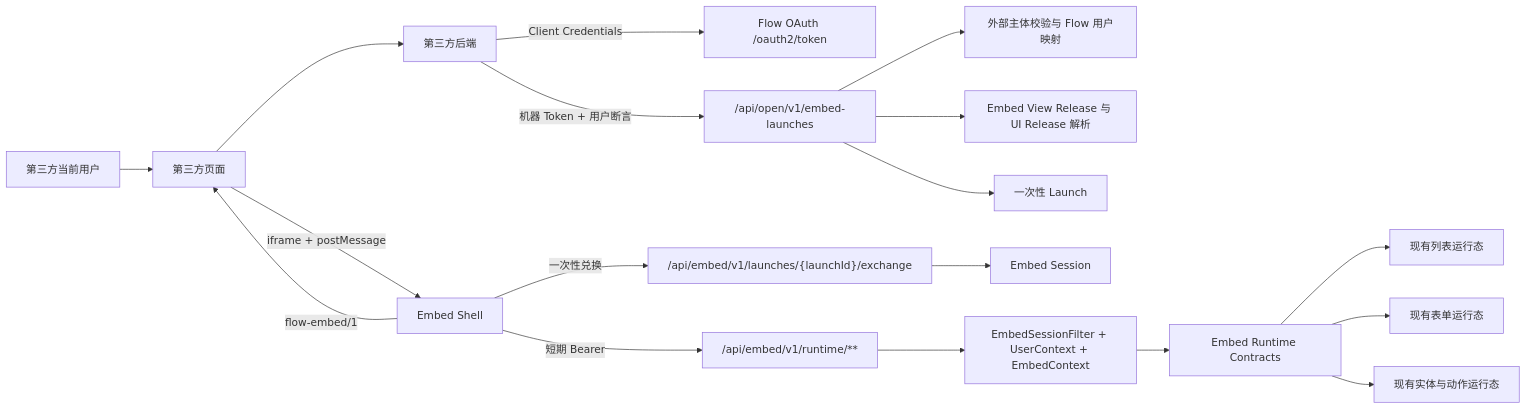
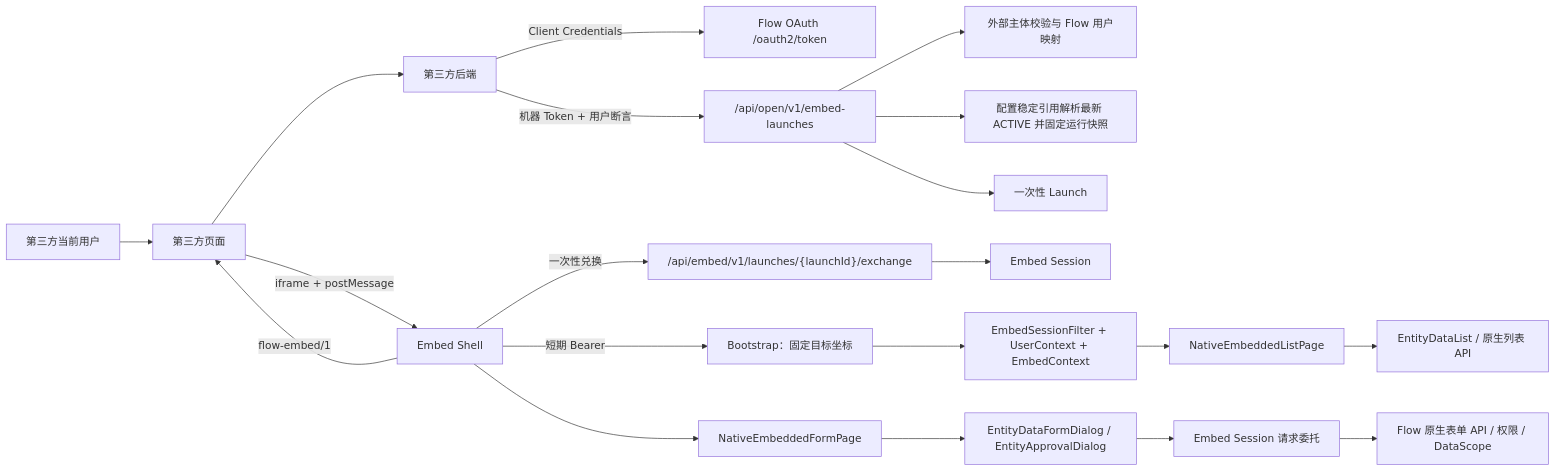
Before and after one commit to benbenbingbing/flow: the first of 7 diagrams in docs/embed-runtime-detailed-design.md, drawn with Mermaid. The commit also changed other lines of this file and 267 other files, not shown here.

````diff
--- a/docs/embed-runtime-detailed-design.md
+++ b/docs/embed-runtime-detailed-design.md
@@ -223,20 +276,22 @@
 ```mermaid
 flowchart LR
     HostUser["第三方当前用户"] --> HostWeb["第三方页面"]
     HostWeb --> HostBackend["第三方后端"]
     HostBackend -->|"Client Credentials"| OAuth["Flow OAuth /oauth2/token"]
     HostBackend -->|"机器 Token + 用户断言"| Launch["/api/open/v1/embed-launches"]
     Launch --> Identity["外部主体校验与 Flow 用户映射"]
-    Launch --> ViewRelease["Embed View Release 与 UI Release 解析"]
+    Launch --> ViewSnapshot["配置稳定引用解析最新 ACTIVE 并固定运行快照"]
     Launch --> Ticket["一次性 Launch"]
     HostWeb -->|"iframe + postMessage"| Shell["Embed Shell"]
     Shell -->|"一次性兑换"| Exchange["/api/embed/v1/launches/{launchId}/exchange"]
     Exchange --> Session["Embed Session"]
-    Shell -->|"短期 Bearer"| Facade["/api/embed/v1/runtime/**"]
-    Facade --> Auth["EmbedSessionFilter + UserContext + EmbedContext"]
-    Auth --> Ports["Embed Runtime Contracts"]
-    Ports --> ListRuntime["现有列表运行态"]
-    Ports --> FormRuntime["现有表单运行态"]
-    Ports --> DataRuntime["现有实体与动作运行态"]
+    Shell -->|"短期 Bearer"| Bootstrap["Bootstrap：固定目标坐标"]
+    Bootstrap --> Auth["EmbedSessionFilter + UserContext + EmbedContext"]
+    Auth --> NativeList["NativeEmbeddedListPage"]
+    NativeList --> EntityDataList["EntityDataList / 原生列表 API"]
+    Shell --> NativeForm["NativeEmbeddedFormPage"]
+    NativeForm --> NativeDialogs["EntityDataFormDialog / EntityApprovalDialog"]
+    NativeDialogs --> DelegatedRequest["Embed Session 请求委托"]
+    DelegatedRequest --> NativeRuntime["Flow 原生表单 API / 权限 / DataScope"]
     Shell -->|"flow-embed/1"| HostWeb
 ```
````
